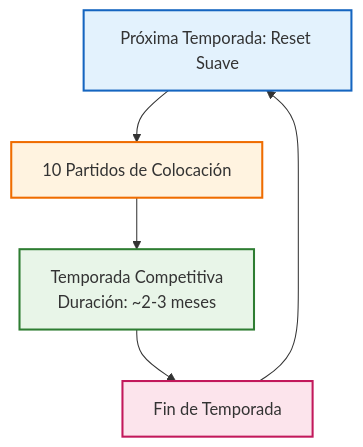
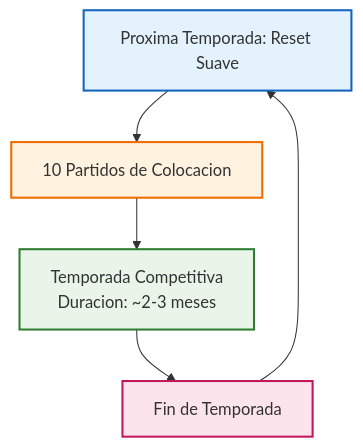
Before and after one commit to mchssj/v34frag: the first of 2 diagrams in docs/faceit-seasons-diagram.md, drawn with Mermaid. The commit also changed other lines of this file and 1 other file, not shown here.

````diff
--- a/docs/faceit-seasons-diagram.md
+++ b/docs/faceit-seasons-diagram.md
@@ -5,12 +5,12 @@
 ```mermaid
 flowchart TD
-    A[Inicio de Temporada: Reset Suave] --> B[10 Partidos de Colocación]
-    B --> C[Temporada Competitiva<br/>Duración: ~2-3 meses]
+    A[Inicio de Temporada: Reset Suave] --> B[10 Partidos de Colocacion]
+    B --> C[Temporada Competitiva<br/>Duracion: ~2-3 meses]
     C --> D[Fin de Temporada]
-    D --> A[Próxima Temporada: Reset Suave]
+    D --> A[Proxima Temporada: Reset Suave]
     
     style A fill:#e3f2fd,stroke:#1565c0,stroke-width:2px
     style B fill:#fff3e0,stroke:#ef6c00,stroke-width:2px
     style C fill:#e8f5e8,stroke:#2e7d32,stroke-width:2px
     style D fill:#fce4ec,stroke:#c2185b,stroke-width:2px
 ```
````
